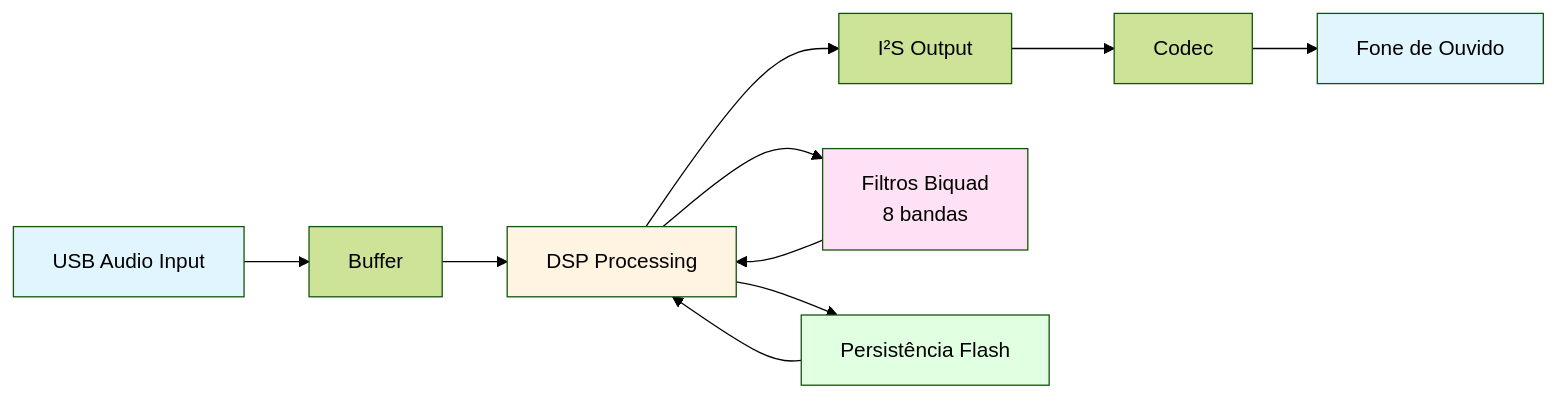
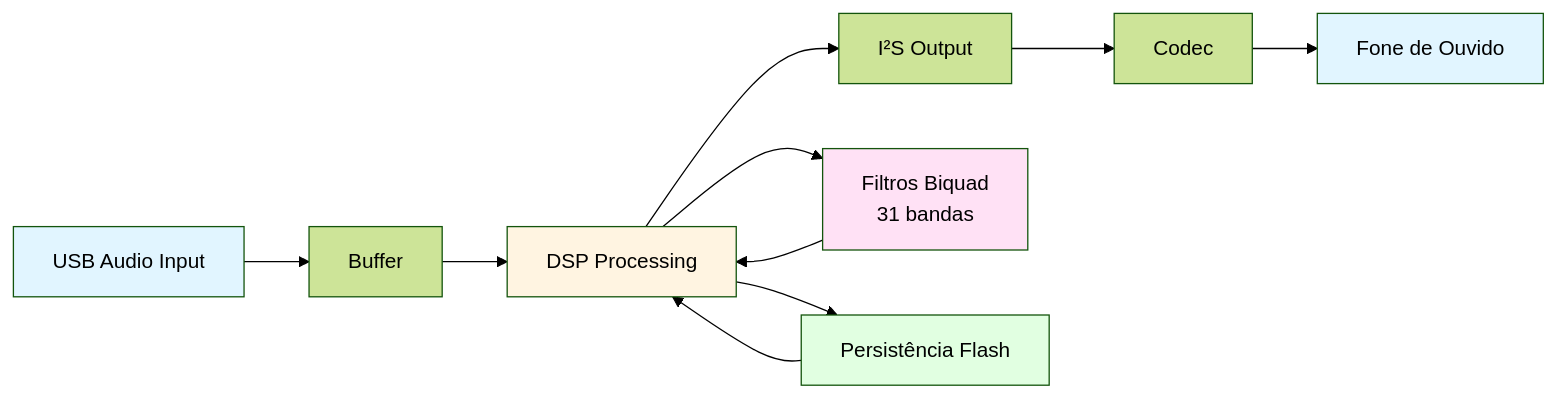
One commit to mclmorais/utfpr-el60c-tcc-otimizador-fones-v2 changed the diagram in README.md. Above: the diagram before and after it, drawn with Mermaid (forest theme). The commit also changed other lines of this file and 9 other files, not shown here.

````diff
--- a/README.md
+++ b/README.md
@@ -176,18 +180,18 @@
 ```mermaid
 flowchart LR
     A[USB Audio Input] --> B[Buffer]
     B --> C[DSP Processing]
     C --> D[I²S Output]
     D --> E[Codec]
     E --> F[Fone de Ouvido]
-    C --> G[Filtros Biquad<br/>8 bandas]
+    C --> G[Filtros Biquad<br/>31 bandas]
     G --> C
     C --> H[Persistência Flash]
     H --> C
     
     style A fill:#e1f5ff
     style C fill:#fff4e1
     style G fill:#ffe1f5
     style H fill:#e1ffe1
     style F fill:#e1f5ff
 ```
````
